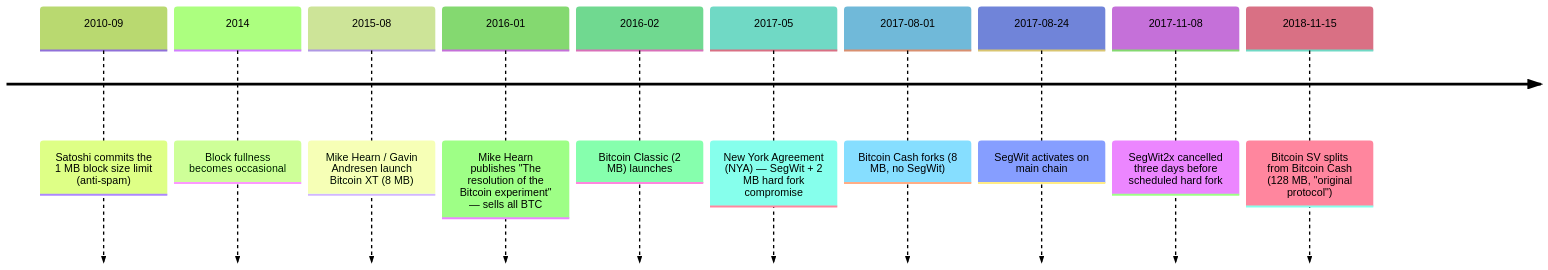
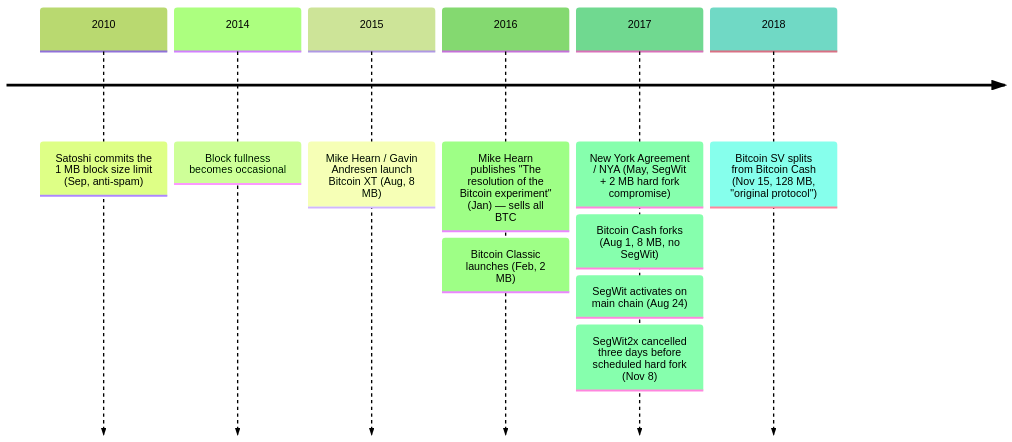
The diagram in src/data/entries/en/analysis/2008-10-31-bitcoin-fork-and-altcoin-genealogy.md (cypher256/BitcoinArchive), drawn with Mermaid (forest theme) before and after one commit. The commit also changed 23 other files, not shown here.

First line of the commit message:
Align fork-genealogy timeline period headers to year-only convention

````diff
--- a/src/data/entries/en/analysis/2008-10-31-bitcoin-fork-and-altcoin-genealogy.md
+++ b/src/data/entries/en/analysis/2008-10-31-bitcoin-fork-and-altcoin-genealogy.md
@@ -112,20 +112,20 @@
 ```mermaid
 timeline
-    2010-09 : Satoshi commits the 1 MB block size limit (anti-spam)
+    2010 : Satoshi commits the 1 MB block size limit (Sep, anti-spam)
     %% link: /BitcoinArchive/entries/forum/bitcointalk/topic-1347/2010-10-03-re-increase-block-size-limit/
-    2014    : Block fullness becomes occasional
-    2015-08 : Mike Hearn / Gavin Andresen launch Bitcoin XT (8 MB)
+    2014 : Block fullness becomes occasional
+    2015 : Mike Hearn / Gavin Andresen launch Bitcoin XT (Aug, 8 MB)
     %% link: /BitcoinArchive/entries/aftermath/2015-08-15-bitcoin-xt-launch/
-    2016-01 : Mike Hearn publishes "The resolution of the Bitcoin experiment" — sells all BTC
+    2016 : Mike Hearn publishes "The resolution of the Bitcoin experiment" (Jan) — sells all BTC
     %% link: /BitcoinArchive/entries/aftermath/2016-01-14-mike-hearn-resolution-bitcoin-experiment/
-    2016-02 : Bitcoin Classic (2 MB) launches
-    2017-05 : New York Agreement (NYA) — SegWit + 2 MB hard fork compromise
-    2017-08-01 : Bitcoin Cash forks (8 MB, no SegWit)
+         : Bitcoin Classic launches (Feb, 2 MB)
+    2017 : New York Agreement / NYA (May, SegWit + 2 MB hard fork compromise)
+         : Bitcoin Cash forks (Aug 1, 8 MB, no SegWit)
     %% link: /BitcoinArchive/entries/aftermath/2017-08-01-bitcoin-cash-fork/
-    2017-08-24 : SegWit activates on main chain
+         : SegWit activates on main chain (Aug 24)
     %% link: /BitcoinArchive/entries/bip/2015-12-21-bip-0141/
-    2017-11-08 : SegWit2x cancelled three days before scheduled hard fork
+         : SegWit2x cancelled three days before scheduled hard fork (Nov 8)
     %% link: /BitcoinArchive/entries/aftermath/2017-11-08-segwit2x-cancellation/
-    2018-11-15 : Bitcoin SV splits from Bitcoin Cash (128 MB, "original protocol")
+    2018 : Bitcoin SV splits from Bitcoin Cash (Nov 15, 128 MB, "original protocol")
     %% link: /BitcoinArchive/entries/aftermath/2018-11-15-bitcoin-sv-fork/
 ```
````
